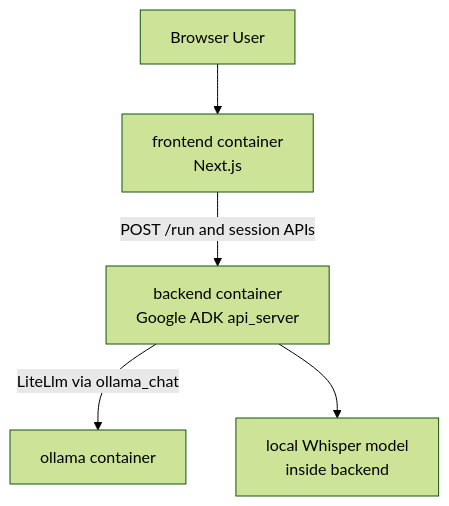
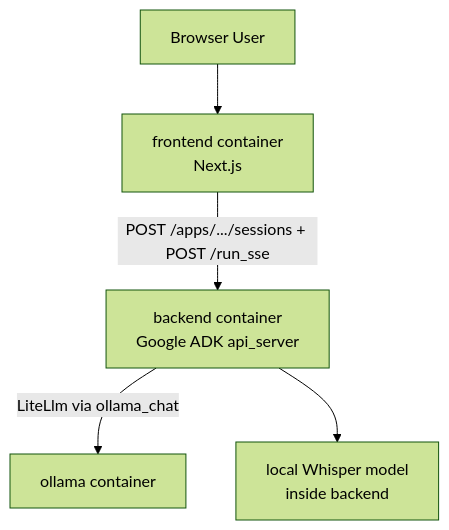
The diagram in README.md (rahulkvr/MediSprache), drawn with Mermaid (forest theme) before and after one commit. The commit also changed other lines of this file, not shown here.

````diff
--- a/README.md
+++ b/README.md
@@ -50,13 +51,13 @@
 ```mermaid
 flowchart TD
     user["Browser User"]
     frontend["frontend container\nNext.js"]
     backend["backend container\nGoogle ADK api_server"]
     ollama["ollama container"]
     whisper["local Whisper model\ninside backend"]
 
     user --> frontend
-    frontend -->|"POST /run and session APIs"| backend
+    frontend -->|"POST /apps/.../sessions + POST /run_sse"| backend
     backend -->|"LiteLlm via ollama_chat"| ollama
     backend --> whisper
 ```
````
